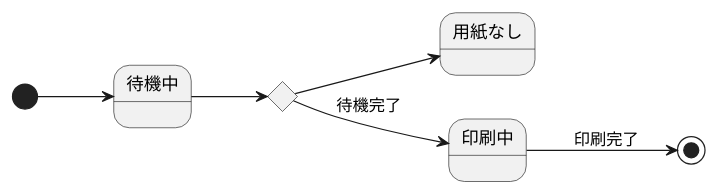
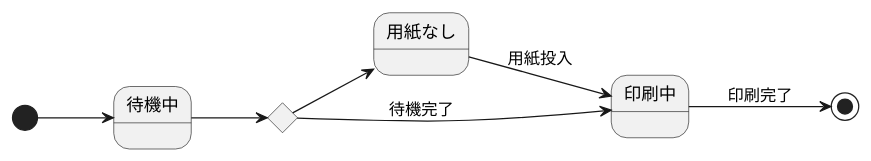
Before and after one commit to Raiki215/uml-introduction: the diagram in 演習6-1_SD_プリンタ.pu, drawn with PlantUML.

Commit message:
やり直し

```diff
--- a/演習6-1_SD_プリンタ.pu
+++ b/演習6-1_SD_プリンタ.pu
@@ -1,10 +1,11 @@
 @startuml
 left to right direction
 [*] --> 待機中
 state c <<choice>>
 state c <<choice>>
 待機中-down-> c
 c--> 用紙なし
+用紙なし --> 印刷中: 用紙投入
 c--> 印刷中: 待機完了
 印刷中--> [*] :印刷完了
 @enduml
```
